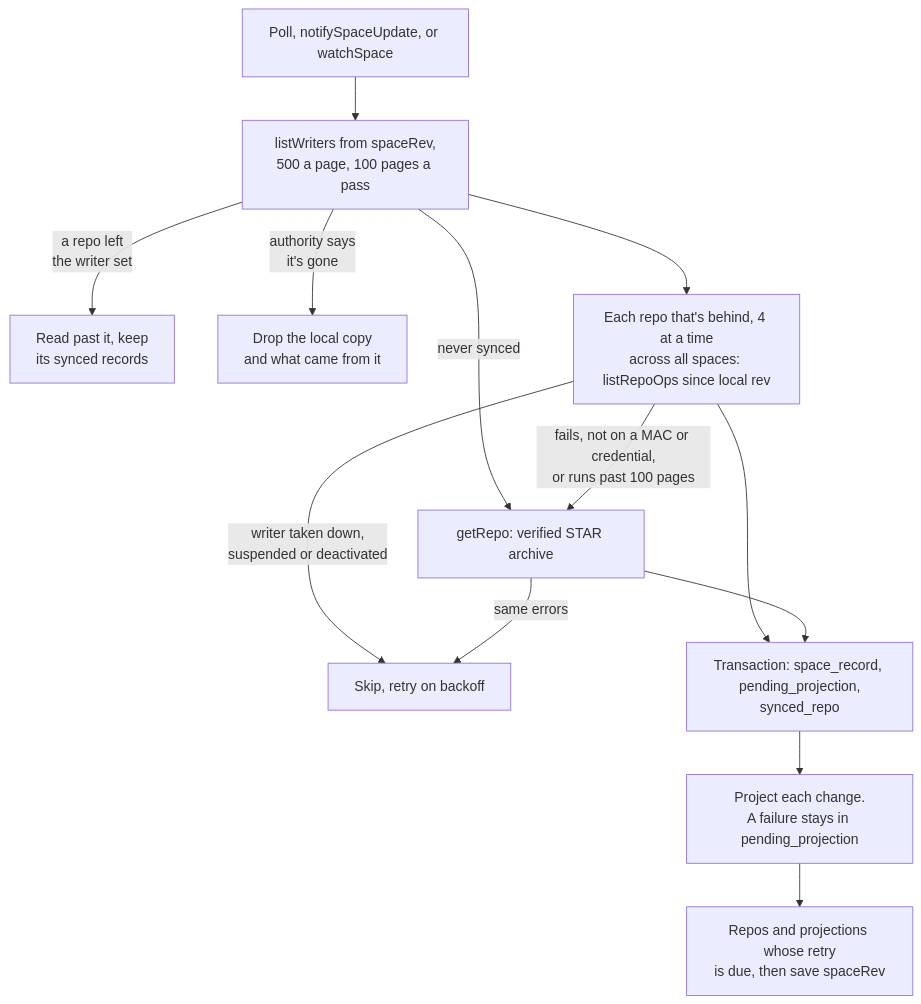
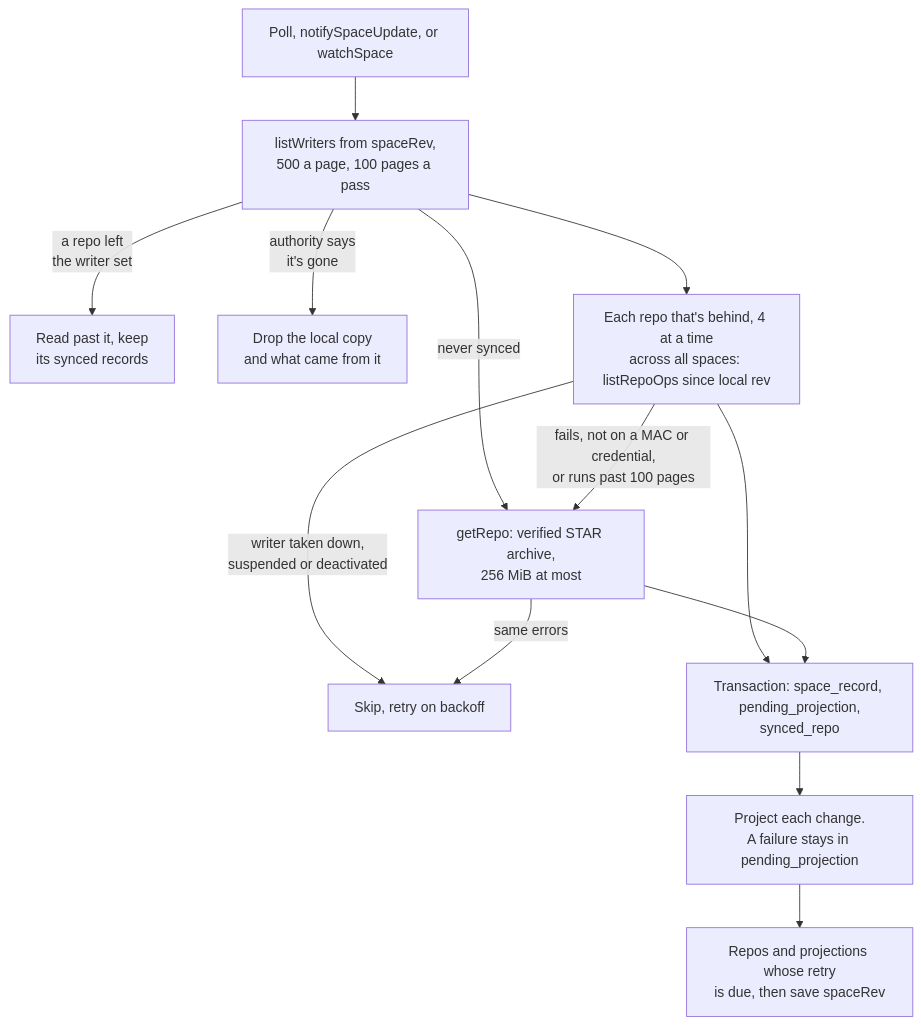
The fourth of 8 diagrams in apps/web/docs/diagrams/spaces.md (cutenode/localnetwork), drawn with Mermaid before and after one commit. The commit also changed other lines of this file and 8 other files, not shown here.

````diff
--- a/apps/web/docs/diagrams/spaces.md
+++ b/apps/web/docs/diagrams/spaces.md
@@ -90,15 +90,15 @@
 ```mermaid
 flowchart TD
   Trigger["Poll, notifySpaceUpdate, or watchSpace"] --> List["listWriters from spaceRev,<br/>500 a page, 100 pages a pass"]
   List -- "a repo left<br/>the writer set" --> Keep["Read past it, keep<br/>its synced records"]
   List -- "authority says<br/>it's gone" --> Drop["Drop the local copy<br/>and what came from it"]
   List --> Ops["Each repo that's behind, 4 at a time<br/>across all spaces: listRepoOps since local rev"]
-  List -- "never synced" --> Star["getRepo: verified STAR archive"]
+  List -- "never synced" --> Star["getRepo: verified STAR archive,<br/>256 MiB at most"]
   Ops -- "fails, not on a MAC or credential,<br/>or runs past 100 pages" --> Star
   Ops -- "writer taken down,<br/>suspended or deactivated" --> Skip["Skip, retry on backoff"]
   Star -- "same errors" --> Skip
   Ops --> Apply["Transaction: space_record, pending_projection,<br/>synced_repo"]
   Star --> Apply
   Apply --> Project["Project each change.<br/>A failure stays in pending_projection"]
   Project --> Due["Repos and projections whose retry<br/>is due, then save spaceRev"]
 ```
````
